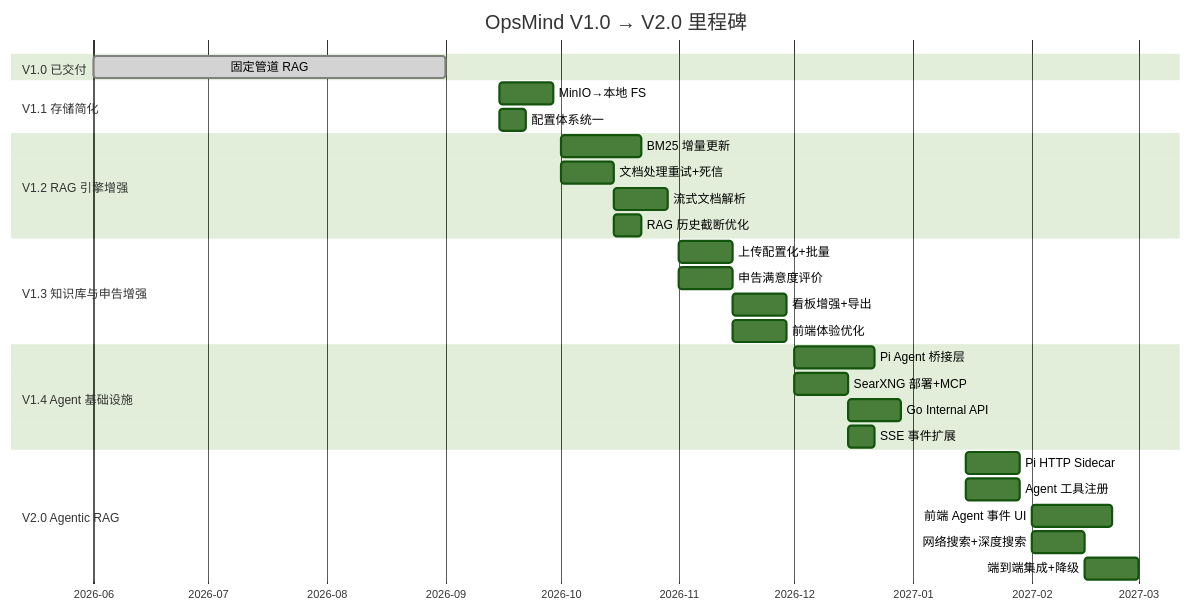
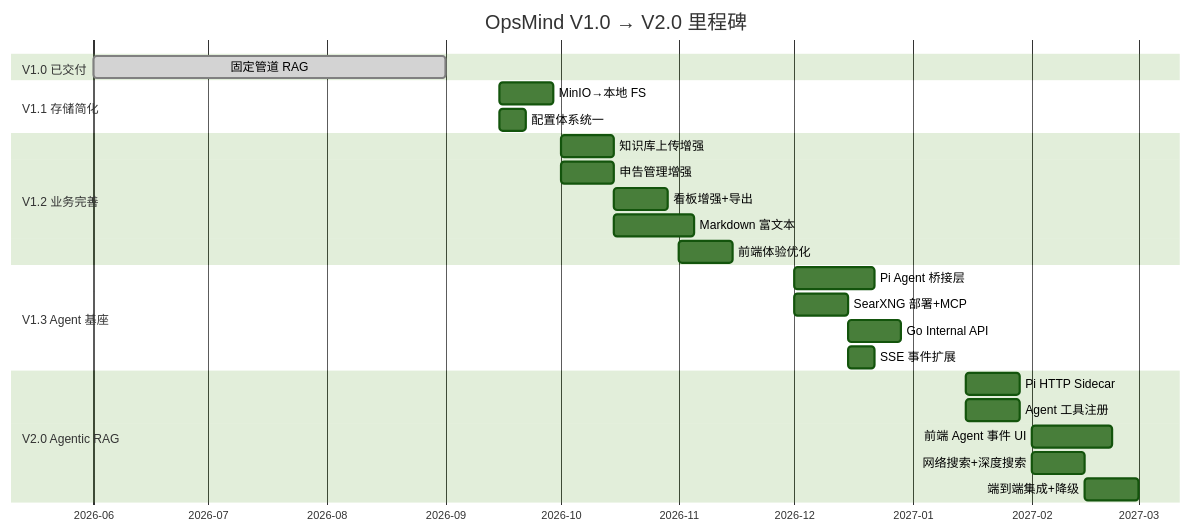
The eighth of 8 diagrams in docs/ROADMAP.md (int2t05/Cognik), drawn with Mermaid (forest theme) before and after one commit. The commit also changed other lines of this file, not shown here.

First line of the commit message:
docs(roadmap): 版本线调整 — V1.3 提升为 Agent 基座

````diff
--- a/docs/ROADMAP.md
+++ b/docs/ROADMAP.md
@@ -416,38 +369,33 @@
 ```mermaid
 gantt
     title OpsMind V1.0 → V2.0 里程碑
     dateFormat YYYY-MM-DD
     axisFormat %Y-%m
 
     section V1.0 已交付
     固定管道 RAG         :done, v1, 2026-06-01, 2026-09-01
 
     section V1.1 存储简化
     MinIO→本地 FS        :v11a, 2026-09-15, 14d
     配置体系统一          :v11b, 2026-09-15, 7d
 
-    section V1.2 RAG 引擎增强
-    BM25 增量更新        :v12a, 2026-10-01, 21d
-    文档处理重试+死信     :v12b, 2026-10-01, 14d
-    流式文档解析          :v12c, 2026-10-15, 14d
-    RAG 历史截断优化      :v12d, 2026-10-15, 7d
+    section V1.2 业务完善
+    知识库上传增强        :v12a, 2026-10-01, 14d
+    申告管理增强          :v12b, 2026-10-01, 14d
+    看板增强+导出         :v12c, 2026-10-15, 14d
+    Markdown 富文本       :v12d, 2026-10-15, 21d
+    前端体验优化          :v12e, 2026-11-01, 14d
 
-    section V1.3 知识库与申告增强
-    上传配置化+批量       :v13a, 2026-11-01, 14d
-    申告满意度评价        :v13b, 2026-11-01, 14d
-    看板增强+导出         :v13c, 2026-11-15, 14d
-    前端体验优化          :v13d, 2026-11-15, 14d
-
-    section V1.4 Agent 基础设施
-    Pi Agent 桥接层      :v14a, 2026-12-01, 21d
-    SearXNG 部署+MCP     :v14b, 2026-12-01, 14d
-    Go Internal API      :v14c, 2026-12-15, 14d
-    SSE 事件扩展          :v14d, 2026-12-15, 7d
+    section V1.3 Agent 基座
+    Pi Agent 桥接层      :v13a, 2026-12-01, 21d
+    SearXNG 部署+MCP     :v13b, 2026-12-01, 14d
+    Go Internal API      :v13c, 2026-12-15, 14d
+    SSE 事件扩展          :v13d, 2026-12-15, 7d
 
     section V2.0 Agentic RAG
     Pi HTTP Sidecar      :v20a, 2027-01-15, 14d
     Agent 工具注册        :v20b, 2027-01-15, 14d
     前端 Agent 事件 UI    :v20c, 2027-02-01, 21d
     网络搜索+深度搜索     :v20d, 2027-02-01, 14d
     端到端集成+降级       :v20e, 2027-02-15, 14d
 ```
````
